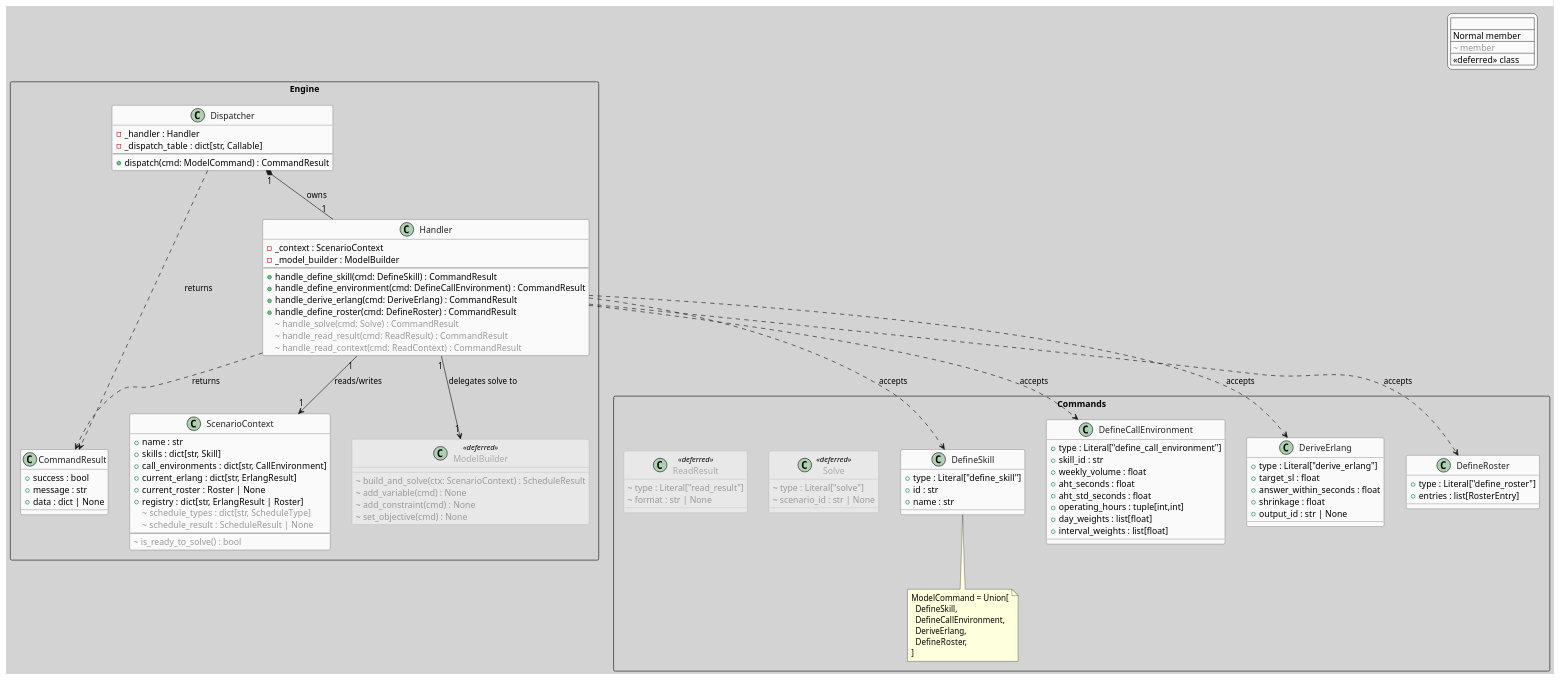
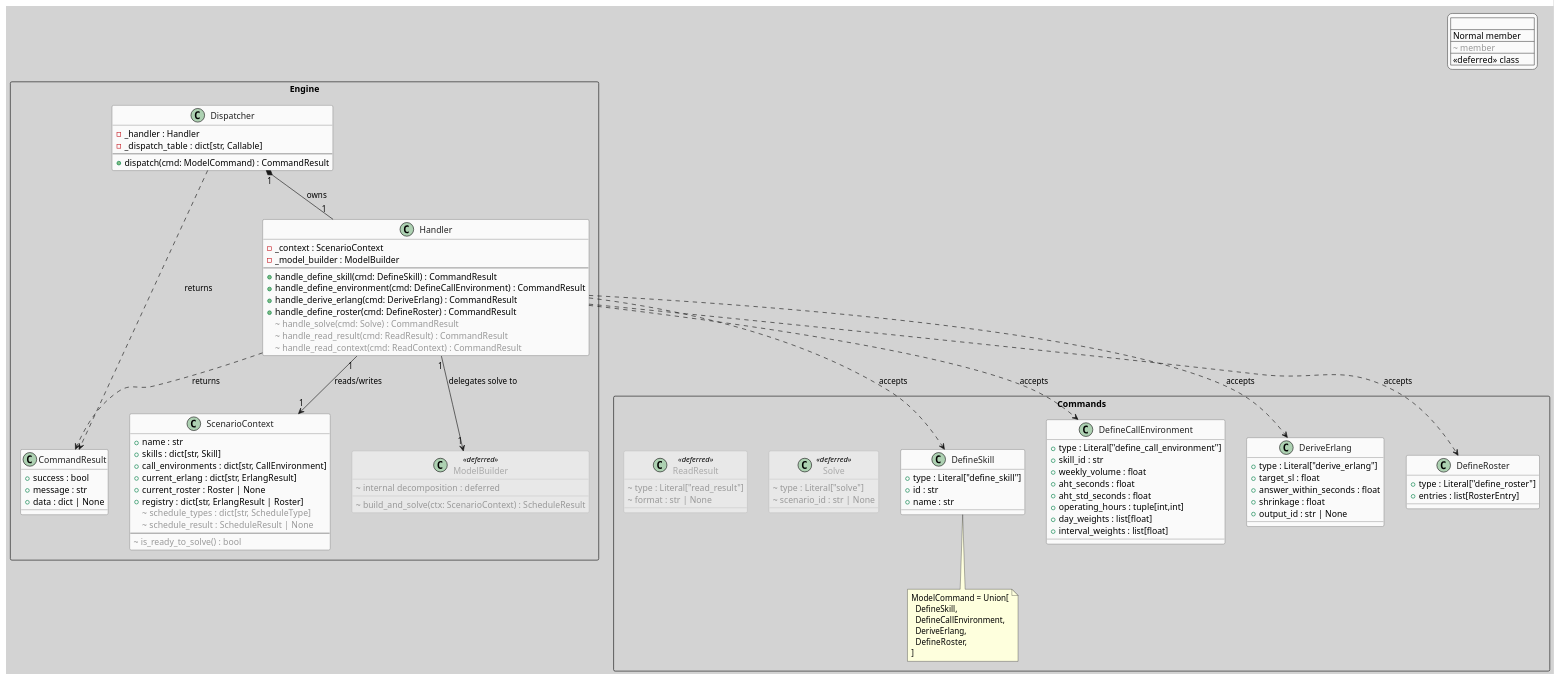
Before and after one commit to neon-tetra/schedule-architect: the diagram in docs/uml/engine_classes.puml, drawn with PlantUML. The commit also changed 2 other files, not shown here.

Commit message:
Add uml for erlang, model builder

```diff
--- a/docs/uml/engine_classes.puml
+++ b/docs/uml/engine_classes.puml
@@ -1,150 +1,148 @@
 @startuml engine_classes
 
 skinparam backgroundColor #D3D3D3
 skinparam defaultFontName Segoe UI
 
 skinparam class {
     BackgroundColor #FAFAFA
     BorderColor #555555
     FontColor #222222
     BackgroundColor<<deferred>> #E8E8E8
     BorderColor<<deferred>> #AAAAAA
     FontColor<<deferred>> #AAAAAA
     BorderStyle<<deferred>> dashed
 }
 
 skinparam legend {
     BackgroundColor #FAFAFA
     BorderColor #555555
 }
 
 legend top right
   <#FAFAFA,#555555>|                         |
   | Normal member      | Implemented          |
   | <color:#999999>~ member</color>  | Deferred / future    |
   | <<deferred>> class | Placeholder only     |
 endlegend
 
 ' ─────────────────────────────────────────
 ' PACKAGE: Commands
 ' ─────────────────────────────────────────
 package "Commands" <<Rectangle>> {
 
     class DefineSkill {
         + type : Literal["define_skill"]
         + id : str
         + name : str
     }
 
     class DefineCallEnvironment {
         + type : Literal["define_call_environment"]
         + skill_id : str
         + weekly_volume : float
         + aht_seconds : float
         + aht_std_seconds : float
         + operating_hours : tuple[int,int]
         + day_weights : list[float]
         + interval_weights : list[float]
     }
 
     class DeriveErlang {
         + type : Literal["derive_erlang"]
         + target_sl : float
         + answer_within_seconds : float
         + shrinkage : float
         + output_id : str | None
     }
 
     class DefineRoster {
         + type : Literal["define_roster"]
         + entries : list[RosterEntry]
     }
 
     class Solve <<deferred>> {
         <color:#999999>~ type : Literal["solve"]</color>
         <color:#999999>~ scenario_id : str | None</color>
     }
 
     class ReadResult <<deferred>> {
         <color:#999999>~ type : Literal["read_result"]</color>
         <color:#999999>~ format : str | None</color>
     }
 
     note bottom of DefineSkill
         ModelCommand = Union[
           DefineSkill,
           DefineCallEnvironment,
           DeriveErlang,
           DefineRoster,
         ]
     end note
 
 }
 
 ' ─────────────────────────────────────────
 ' PACKAGE: Engine
 ' ─────────────────────────────────────────
 package "Engine" <<Rectangle>> {
 
     class CommandResult {
         + success : bool
         + message : str
         + data : dict | None
     }
 
     class ScenarioContext {
         + name : str
         + skills : dict[str, Skill]
         + call_environments : dict[str, CallEnvironment]
         + current_erlang : dict[str, ErlangResult]
         + current_roster : Roster | None
         + registry : dict[str, ErlangResult | Roster]
         <color:#999999>~ schedule_types : dict[str, ScheduleType]</color>
         <color:#999999>~ schedule_result : ScheduleResult | None</color>
         --
         <color:#999999>~ is_ready_to_solve() : bool</color>
     }
 
     class Dispatcher {
         - _handler : Handler
         - _dispatch_table : dict[str, Callable]
         --
         + dispatch(cmd: ModelCommand) : CommandResult
     }
 
     class Handler {
         - _context : ScenarioContext
         - _model_builder : ModelBuilder
         --
         + handle_define_skill(cmd: DefineSkill) : CommandResult
         + handle_define_environment(cmd: DefineCallEnvironment) : CommandResult
         + handle_derive_erlang(cmd: DeriveErlang) : CommandResult
         + handle_define_roster(cmd: DefineRoster) : CommandResult
         <color:#999999>~ handle_solve(cmd: Solve) : CommandResult</color>
         <color:#999999>~ handle_read_result(cmd: ReadResult) : CommandResult</color>
         <color:#999999>~ handle_read_context(cmd: ReadContext) : CommandResult</color>
     }
 
-    class ModelBuilder <<deferred>> {
-        <color:#999999>~ build_and_solve(ctx: ScenarioContext) : ScheduleResult</color>
-        <color:#999999>~ add_variable(cmd) : None</color>
-        <color:#999999>~ add_constraint(cmd) : None</color>
-        <color:#999999>~ set_objective(cmd) : None</color>
-    }
+	class ModelBuilder <<deferred>> {
+		<color:#999999>~ build_and_solve(ctx: ScenarioContext) : ScheduleResult</color>
+		<color:#999999>~ internal decomposition : deferred</color>
+	}
 
 }
 
 ' ─────────────────────────────────────────
 ' RELATIONSHIPS
 ' ─────────────────────────────────────────
 Dispatcher "1" *-- "1" Handler : owns
 Handler "1" --> "1" ScenarioContext : reads/writes
 Handler "1" --> "1" ModelBuilder : delegates solve to
 Dispatcher ..> CommandResult : returns
 Handler ..> CommandResult : returns
 Handler ..> DefineSkill : accepts
 Handler ..> DefineCallEnvironment : accepts
 Handler ..> DeriveErlang : accepts
 Handler ..> DefineRoster : accepts
 
 @enduml
```
